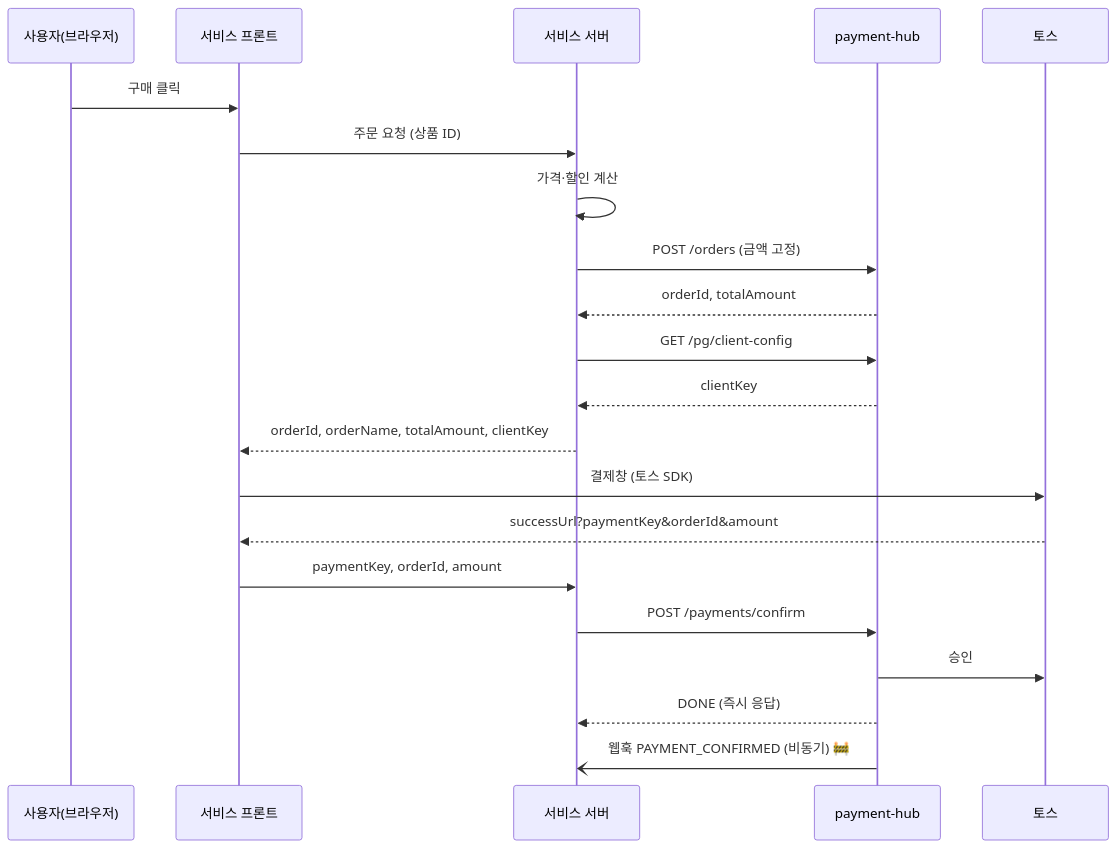
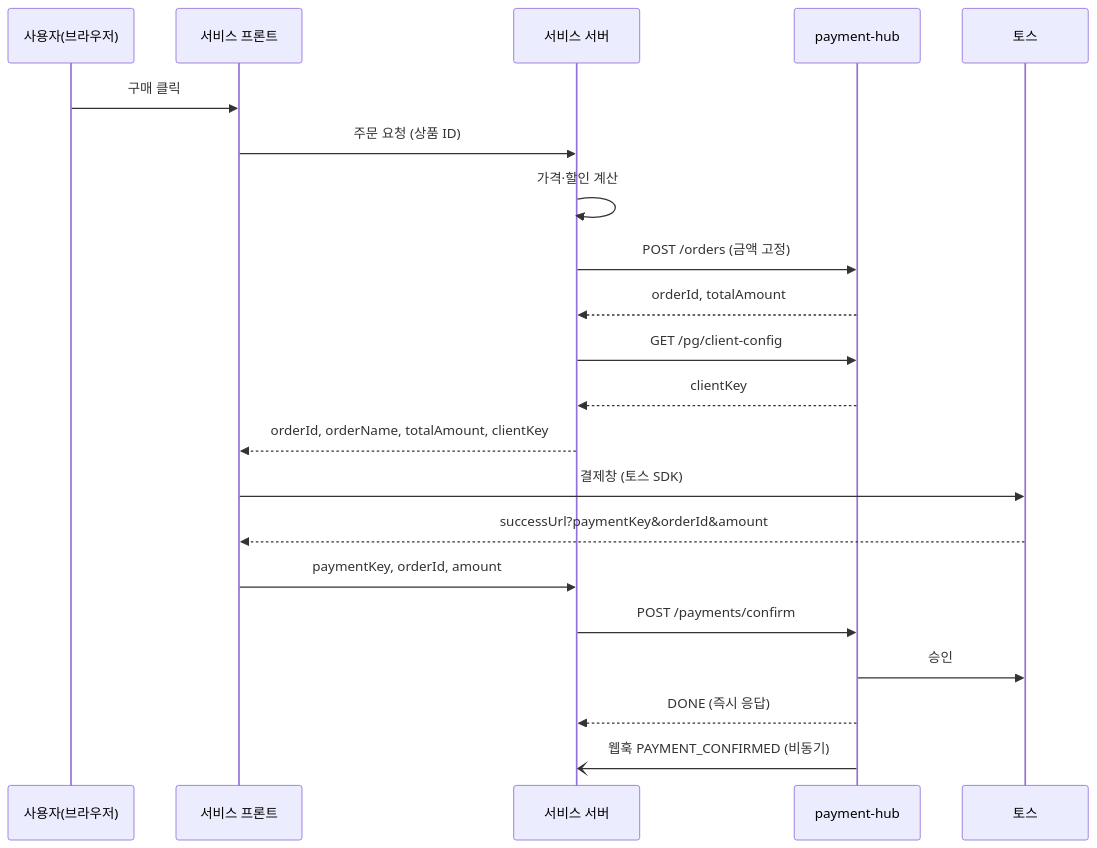
The diagram in docs/guides/service-integration.md (kimvudghk11/payment-hub), drawn with Mermaid before and after one commit. The commit also changed other lines of this file and 14 other files, not shown here.

````diff
--- a/docs/guides/service-integration.md
+++ b/docs/guides/service-integration.md
@@ -166,23 +166,23 @@
 ```mermaid
 sequenceDiagram
     participant U as 사용자(브라우저)
     participant F as 서비스 프론트
     participant S as 서비스 서버
     participant H as payment-hub
     participant T as 토스
     U->>F: 구매 클릭
     F->>S: 주문 요청 (상품 ID)
     S->>S: 가격·할인 계산
     S->>H: POST /orders  (금액 고정)
     H-->>S: orderId, totalAmount
     S->>H: GET /pg/client-config
     H-->>S: clientKey
     S-->>F: orderId, orderName, totalAmount, clientKey
     F->>T: 결제창 (토스 SDK)
     T-->>F: successUrl?paymentKey&orderId&amount
     F->>S: paymentKey, orderId, amount
     S->>H: POST /payments/confirm
     H->>T: 승인
     H-->>S: DONE (즉시 응답)
-    H-)S: 웹훅 PAYMENT_CONFIRMED (비동기) 🚧
+    H-)S: 웹훅 PAYMENT_CONFIRMED (비동기)
 ```
````
